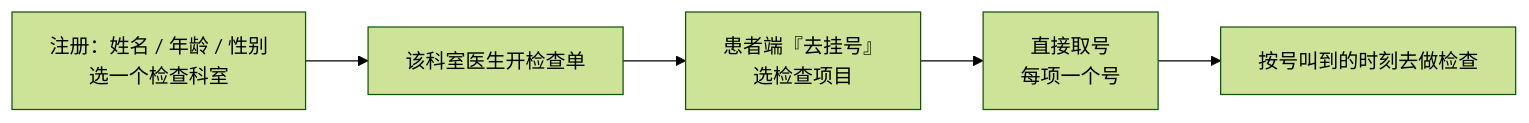
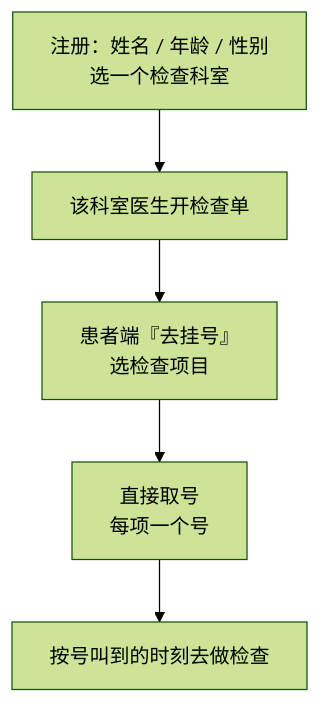
The second of 4 diagrams in docs/挂号逻辑对比与改造建议.md (fore-blip/exam-scheduler), drawn with Mermaid (forest theme) before and after one commit. The commit also changed other lines of this file, not shown here.

Commit message:
docs: 挂号对比文档的流程图改为竖向布局，便于阅读

````diff
--- a/docs/挂号逻辑对比与改造建议.md
+++ b/docs/挂号逻辑对比与改造建议.md
@@ -66,7 +66,7 @@
 ```mermaid
-flowchart LR
+flowchart TD
     A["注册：姓名 / 年龄 / 性别<br/>选一个检查科室"] --> B["该科室医生开检查单"]
     B --> C["患者端『去挂号』<br/>选检查项目"]
     C --> D["直接取号<br/>每项一个号"]
     D --> E["按号叫到的时刻去做检查"]
 ```
````
